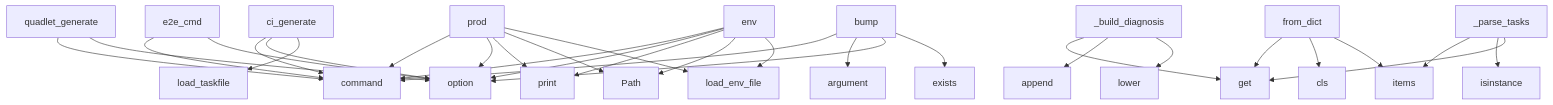
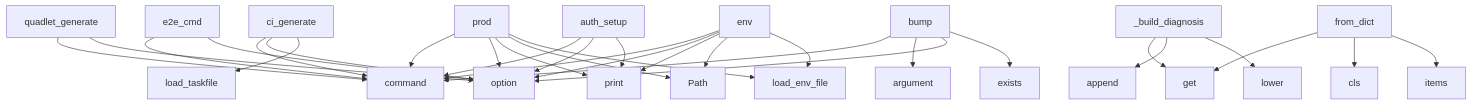
One commit to pyfunc/taskfile changed the diagram in project/context.md. Above: the diagram before and after it, drawn with Mermaid. The commit also changed other lines of this file and 25 other files, not shown here.

````diff
--- a/project/context.md
+++ b/project/context.md
@@ -747,33 +747,33 @@
 ```mermaid
 graph TD
     prod --> command
     prod --> option
     prod --> print
     prod --> Path
     prod --> load_env_file
     ci_generate --> command
     ci_generate --> option
     ci_generate --> load_taskfile
     _build_diagnosis --> get
     _build_diagnosis --> append
     _build_diagnosis --> lower
     quadlet_generate --> command
     quadlet_generate --> option
     from_dict --> get
     from_dict --> cls
     from_dict --> items
     env --> command
     env --> option
     env --> print
     env --> Path
     env --> load_env_file
     bump --> command
     bump --> argument
     bump --> option
     bump --> exists
     e2e_cmd --> command
     e2e_cmd --> option
-    _parse_tasks --> items
-    _parse_tasks --> isinstance
-    _parse_tasks --> get
+    auth_setup --> command
+    auth_setup --> option
+    auth_setup --> print
 ```
````
